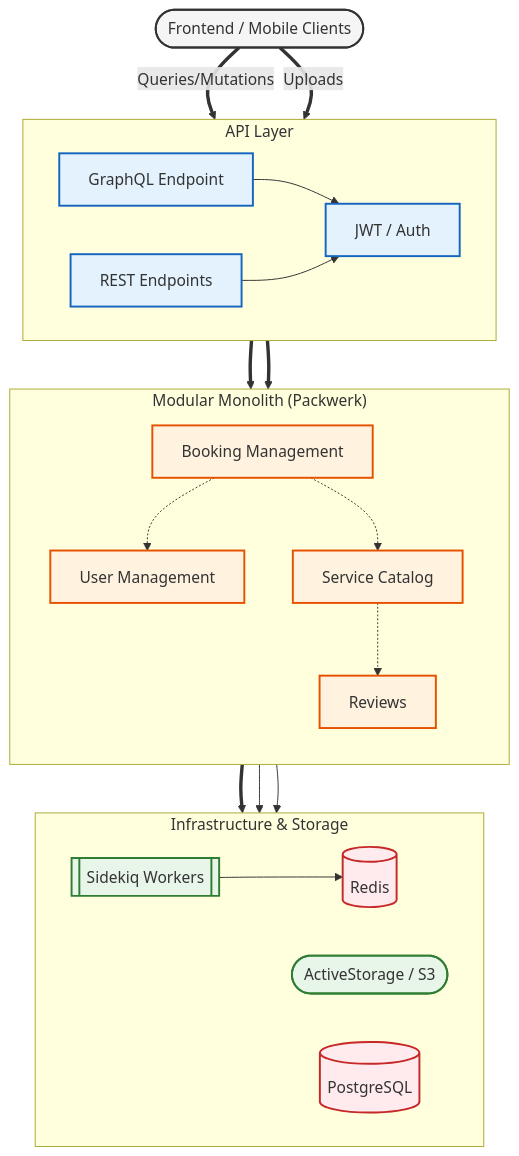
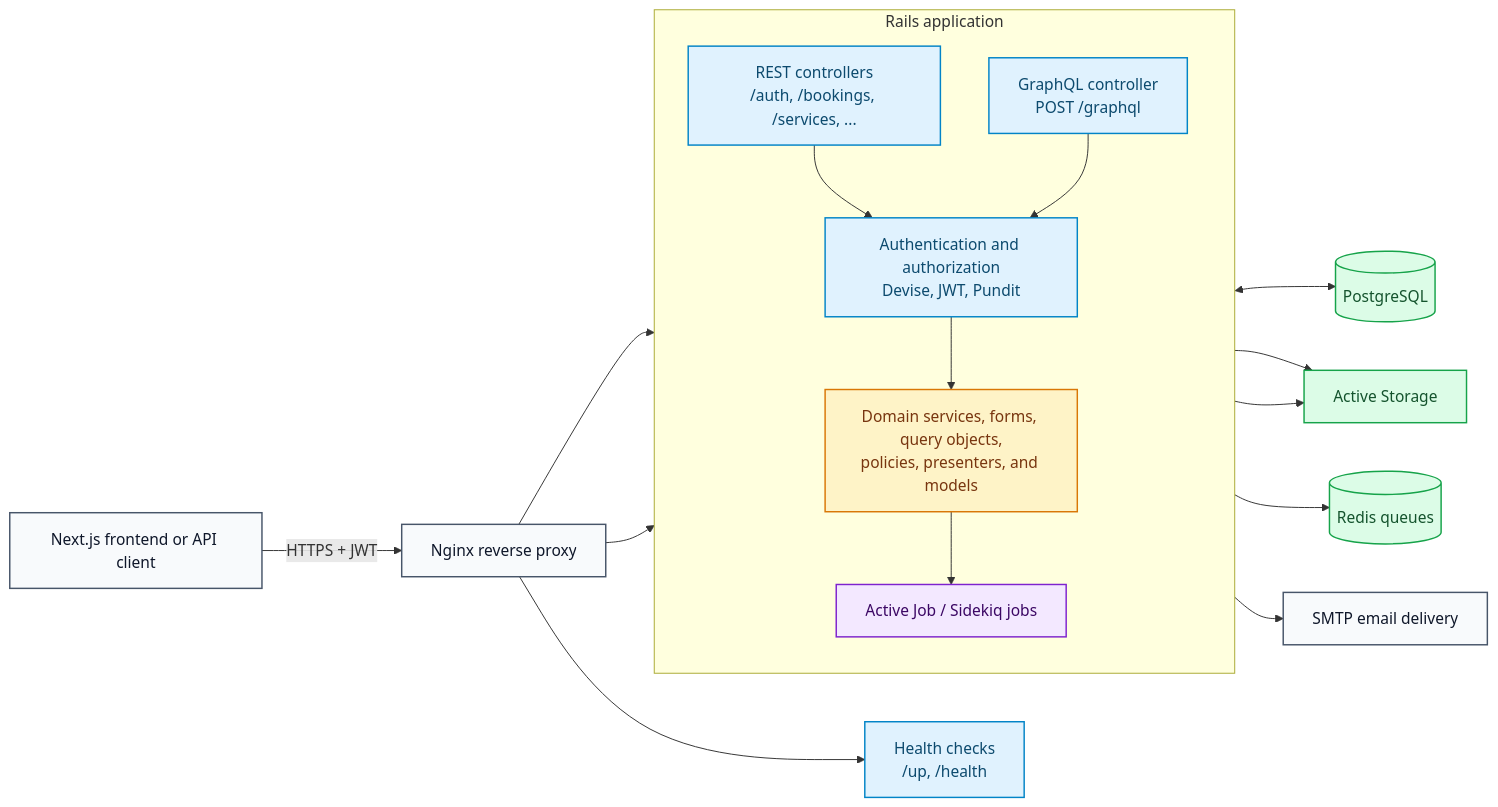
Before and after one commit to ayojan/marketplace: the first of 2 diagrams in backend/docs/ARCHITECTURE.md, drawn with Mermaid. The commit also changed other lines of this file and 1 other file, not shown here.

Commit message:
docs: update frontend and backend architecture diagrams

````diff
--- a/backend/docs/ARCHITECTURE.md
+++ b/backend/docs/ARCHITECTURE.md
@@ -7,58 +7,25 @@
 ```mermaid
-flowchart TD
-    %% Layer Styles
-    classDef client fill:#f5f5f5,stroke:#333,stroke-width:2px;
-    classDef interface fill:#e3f2fd,stroke:#1565c0,stroke-width:2px;
-    classDef domain fill:#fff3e0,stroke:#e65100,stroke-width:2px;
-    classDef infra fill:#e8f5e9,stroke:#2e7d32,stroke-width:2px;
-    classDef db fill:#ffebee,stroke:#c62828,stroke-width:2px;
+flowchart LR
+    classDef edge fill:#f8fafc,stroke:#475569,stroke-width:1.5px,color:#0f172a;
+    classDef api fill:#e0f2fe,stroke:#0284c7,stroke-width:1.5px,color:#0c4a6e;
+    classDef domain fill:#fef3c7,stroke:#d97706,stroke-width:1.5px,color:#78350f;
+    classDef async fill:#f3e8ff,stroke:#7e22ce,stroke-width:1.5px,color:#3b0764;
+    classDef store fill:#dcfce7,stroke:#16a34a,stroke-width:1.5px,color:#14532d;
 
-    Client([Frontend / Mobile Clients]):::client
-
-    subgraph Interfaces ["API Layer"]
-        direction LR
-        GraphQL[GraphQL Endpoint]:::interface
-        REST[REST Endpoints]:::interface
-        Auth[JWT / Auth]:::interface
+    Client[Next.js frontend or API client]:::edge -->|HTTPS + JWT| Edge[Nginx reverse proxy]:::edge
+    Edge --> REST[REST controllers<br/>/auth, /bookings, /services, ...]:::api
+    Edge --> GQL[GraphQL controller<br/>POST /graphql]:::api
+    Edge --> Health[Health checks<br/>/up, /health]:::api
+    subgraph Rails[Rails application]
+        direction TB
+        REST --> Auth[Authentication and authorization<br/>Devise, JWT, Pundit]:::api
+        GQL --> Auth
+        Auth --> Domain[Domain services, forms, query objects,<br/>policies, presenters, and models]:::domain
+        Domain --> Jobs[Active Job / Sidekiq jobs]:::async
     end
-
-    subgraph Domains ["Modular Monolith (Packwerk)"]
-        direction TB
-        UserMgmt[User Management]:::domain
-        ServiceCat[Service Catalog]:::domain
-        BookingMgmt[Booking Management]:::domain
-        Reviews[Reviews]:::domain
-        
-        %% Internal Dependencies
-        BookingMgmt -.-> UserMgmt
-        BookingMgmt -.-> ServiceCat
-        ServiceCat -.-> Reviews
-    end
-
-    subgraph Infrastructure ["Infrastructure & Storage"]
-        direction LR
-        Jobs[[Sidekiq Workers]]:::infra
-        Storage([ActiveStorage / S3]):::infra
-        Redis[(Redis)]:::db
-        DB[(PostgreSQL)]:::db
-    end
-
-    %% External Flow
-    Client ==>|Queries/Mutations| GraphQL
-    Client ==>|Uploads| REST
-
-    %% API to Domain
-    GraphQL --> Auth
-    REST --> Auth
-    
-    GraphQL ==> Domains
-    REST ==> Domains
-
-    %% Domain to Infrastructure
-    Domains ==> DB
-    Domains --> Storage
-    Domains --> Jobs
-    
-    %% Async Flow
-    Jobs --> Redis
+    Domain <--> DB[(PostgreSQL)]:::store
+    Domain --> Storage[Active Storage]:::store
+    Jobs --> Redis[(Redis queues)]:::store
+    Jobs --> Mail[SMTP email delivery]:::edge
+    Jobs --> Storage
 ```
````
